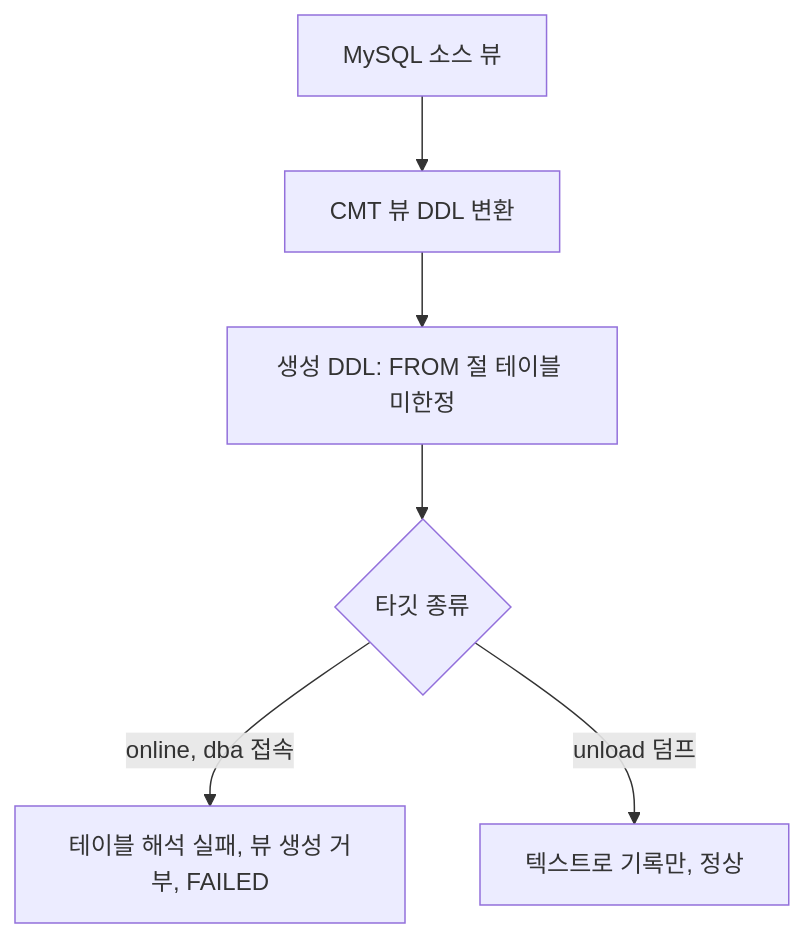
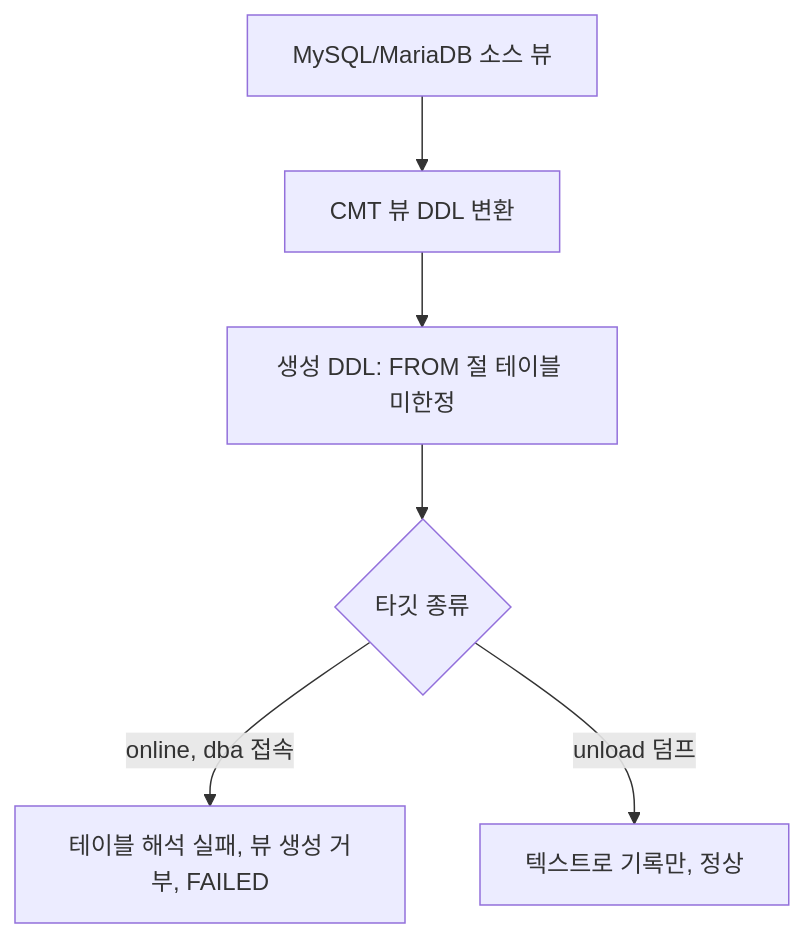
Before and after one commit to Srltas/work-docs: the diagram in cmt_bug/2026-07-12-mysql-online-view-migration.md, drawn with Mermaid. The commit also changed other lines of this file and 1 other file, not shown here.

Commit message:
note(cmt_bug): view bug also affects MariaDB; add ENUM/SET/JSON migration note

````diff
--- a/cmt_bug/2026-07-12-mysql-online-view-migration.md
+++ b/cmt_bug/2026-07-12-mysql-online-view-migration.md
@@ -49,8 +52,8 @@
 ```mermaid
 flowchart TD
-    V[MySQL 소스 뷰] --> T[CMT 뷰 DDL 변환]
+    V[MySQL/MariaDB 소스 뷰] --> T[CMT 뷰 DDL 변환]
     T --> U[생성 DDL: FROM 절 테이블 미한정]
     U --> O{타깃 종류}
     O -->|online, dba 접속| F[테이블 해석 실패, 뷰 생성 거부, FAILED]
     O -->|unload 덤프| S[텍스트로 기록만, 정상]
 ```
````
